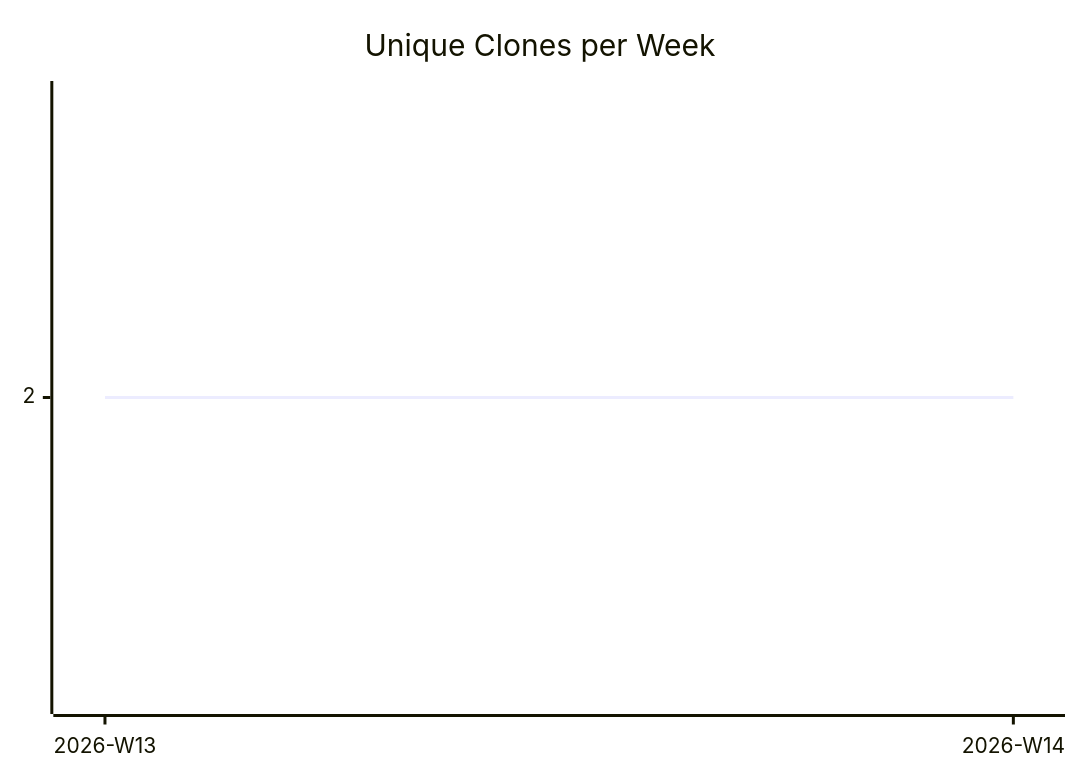
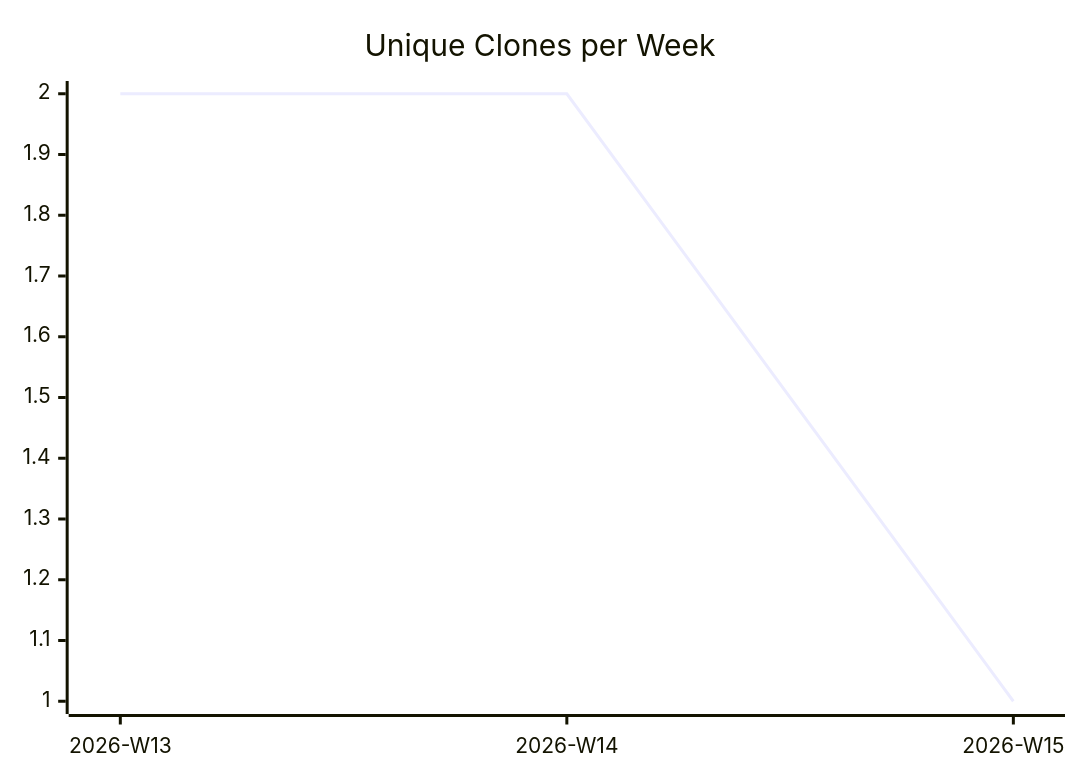
Before and after one commit to justdavis-family/github-analytics-data: the third of 3 diagrams in karlmdavis/m2e-core-tests/README.md, drawn with Mermaid. The commit also changed other lines of this file and 190 other files, not shown here.

````diff
--- a/karlmdavis/m2e-core-tests/README.md
+++ b/karlmdavis/m2e-core-tests/README.md
@@ -19,6 +19,6 @@
 ```mermaid
 xychart-beta
   title "Unique Clones per Week"
-  x-axis ["2026-W13", "2026-W14"]
-  line [2, 2]
+  x-axis ["2026-W13", "2026-W14", "2026-W15"]
+  line [2, 2, 1]
 ```
````
